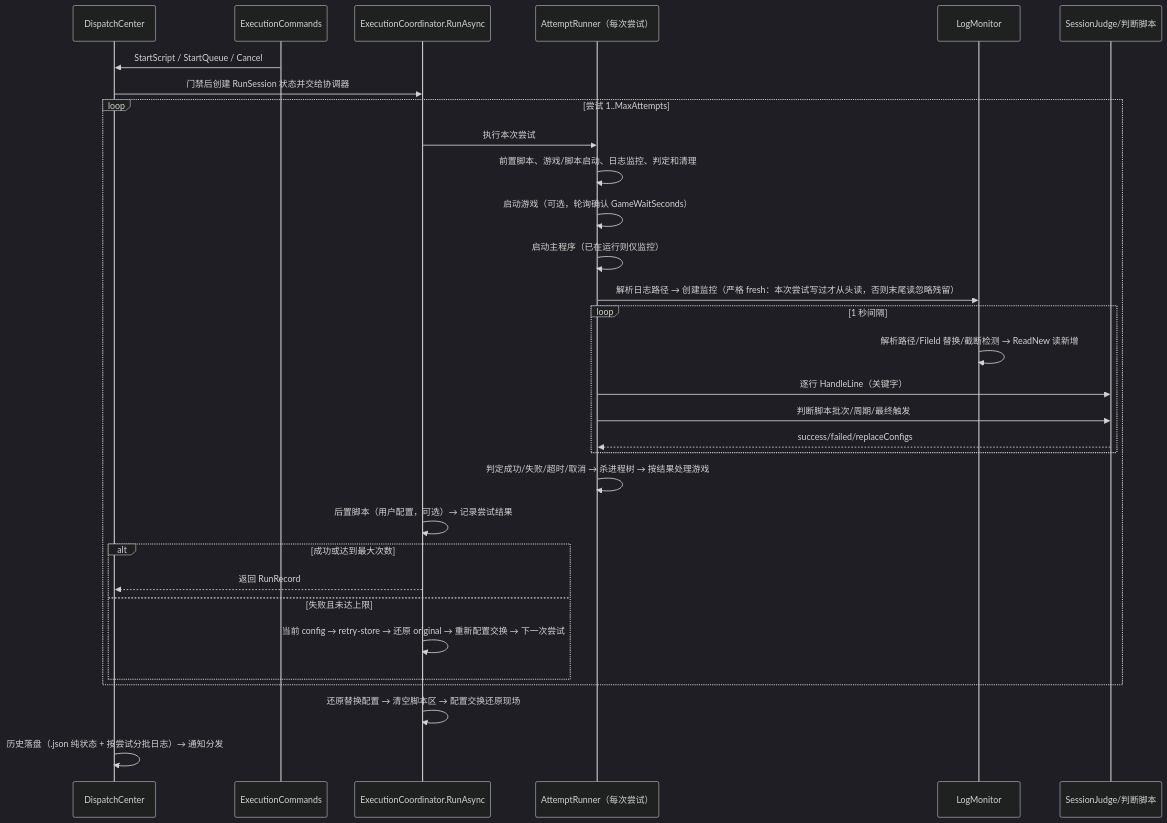
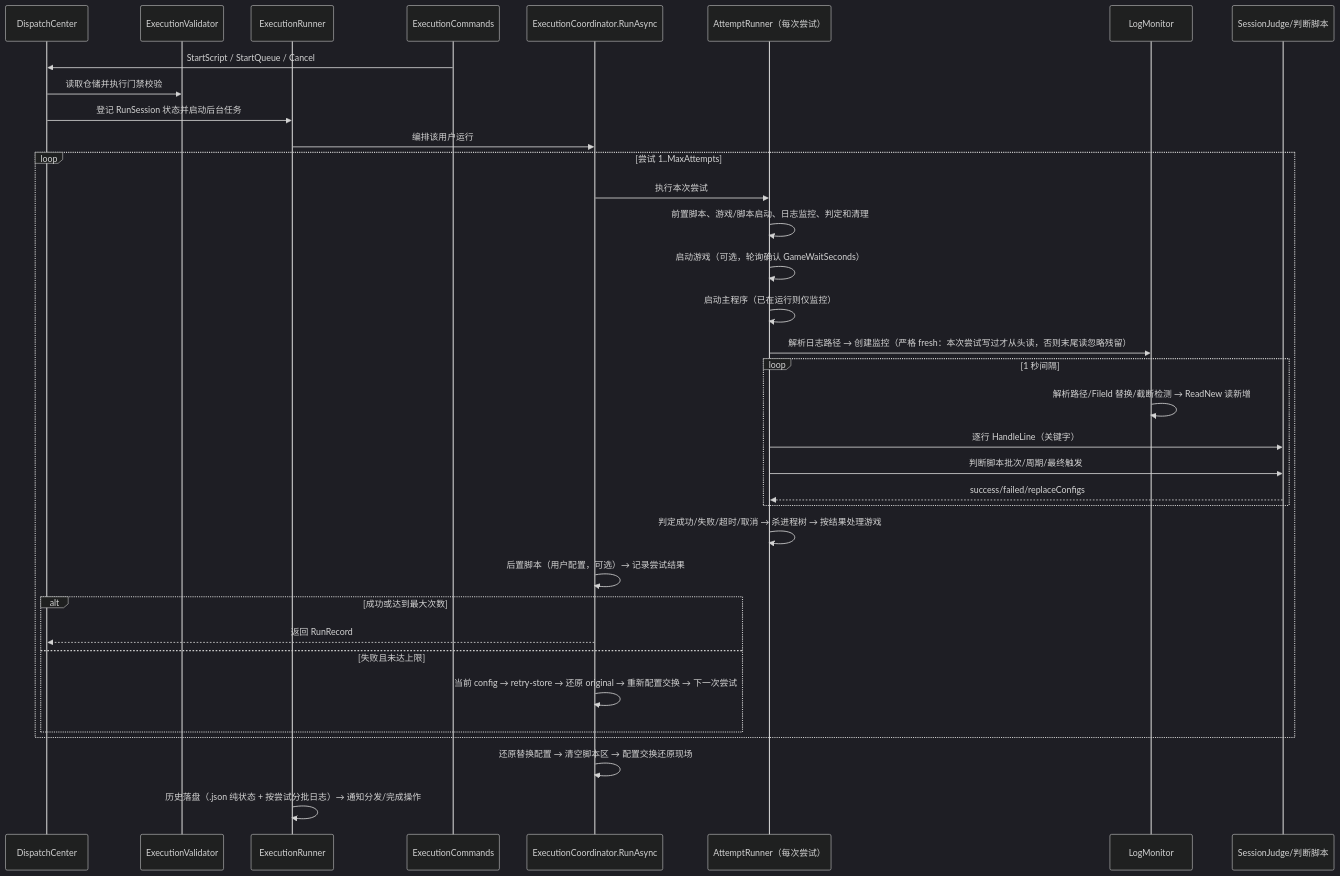
Before and after one commit to FlappiBakuse/NexusPipeline: the first of 4 diagrams in docs/DESIGN.md, drawn with Mermaid (dark theme). The commit also changed other lines of this file and 33 other files, not shown here.

````diff
--- a/docs/DESIGN.md
+++ b/docs/DESIGN.md
@@ -60,34 +63,38 @@
 ```mermaid
 sequenceDiagram
     participant DC as DispatchCenter
+    participant V as ExecutionValidator
+    participant R as ExecutionRunner
     participant C as ExecutionCommands
     participant S as ExecutionCoordinator.RunAsync
     participant A as AttemptRunner（每次尝试）
     participant M as LogMonitor
     participant J as SessionJudge/判断脚本
 
     C->>DC: StartScript / StartQueue / Cancel
-    DC->>S: 门禁后创建 RunSession 状态并交给协调器
+    DC->>V: 读取仓储并执行门禁校验
+    DC->>R: 登记 RunSession 状态并启动后台任务
+    R->>S: 编排该用户运行
     loop 尝试 1..MaxAttempts
         S->>A: 执行本次尝试
         A->>A: 前置脚本、游戏/脚本启动、日志监控、判定和清理
         A->>A: 启动游戏（可选，轮询确认 GameWaitSeconds）
         A->>A: 启动主程序（已在运行则仅监控）
         A->>M: 解析日志路径 → 创建监控（严格 fresh：本次尝试写过才从头读，否则末尾读忽略残留）
         loop 1 秒间隔
             M->>M: 解析路径/FileId 替换/截断检测 → ReadNew 读新增
             A->>J: 逐行 HandleLine（关键字）
             A->>J: 判断脚本批次/周期/最终触发
             J-->>A: success/failed/replaceConfigs
         end
         A->>A: 判定成功/失败/超时/取消 → 杀进程树 → 按结果处理游戏
         S->>S: 后置脚本（用户配置，可选）→ 记录尝试结果
         alt 成功或达到最大次数
             S-->>DC: 返回 RunRecord
         else 失败且未达上限
             S->>S: 当前 config → retry-store → 还原 original → 重新配置交换 → 下一次尝试
         end
     end
     S->>S: 还原替换配置 → 清空脚本区 → 配置交换还原现场
-    DC->>DC: 历史落盘（.json 纯状态 + 按尝试分批日志）→ 通知分发
+    R->>R: 历史落盘（.json 纯状态 + 按尝试分批日志）→ 通知分发/完成操作
 ```
````
